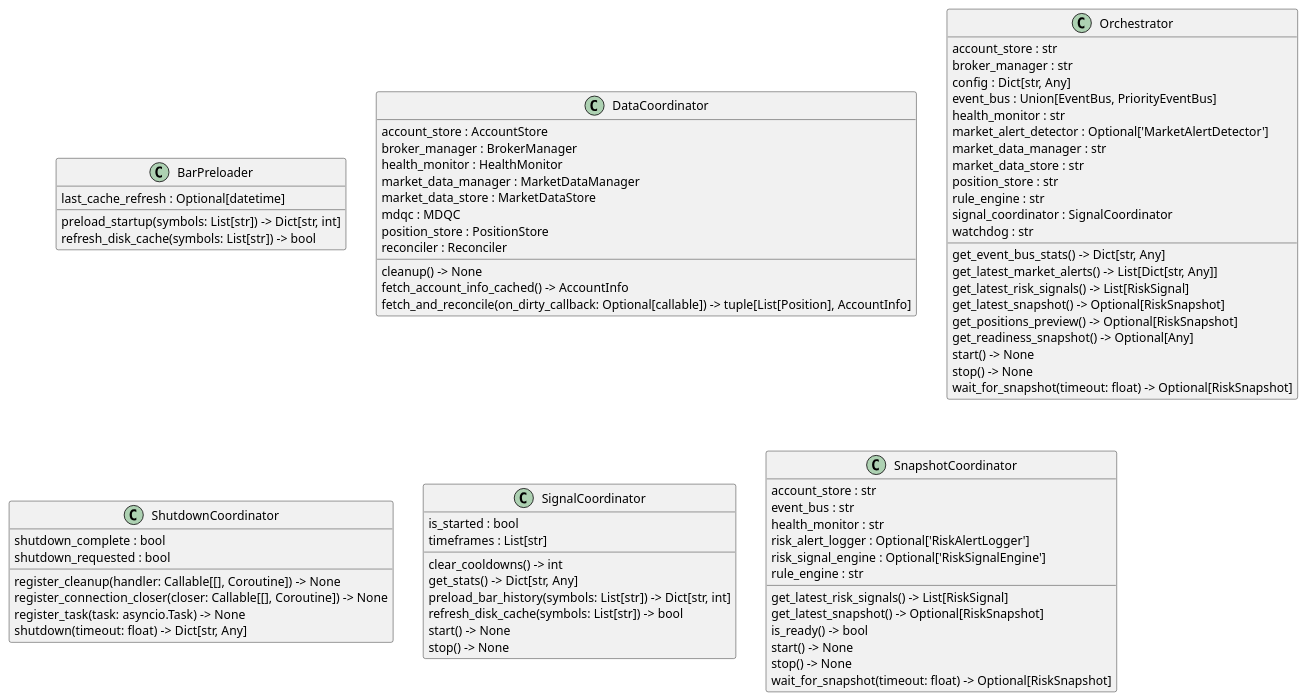
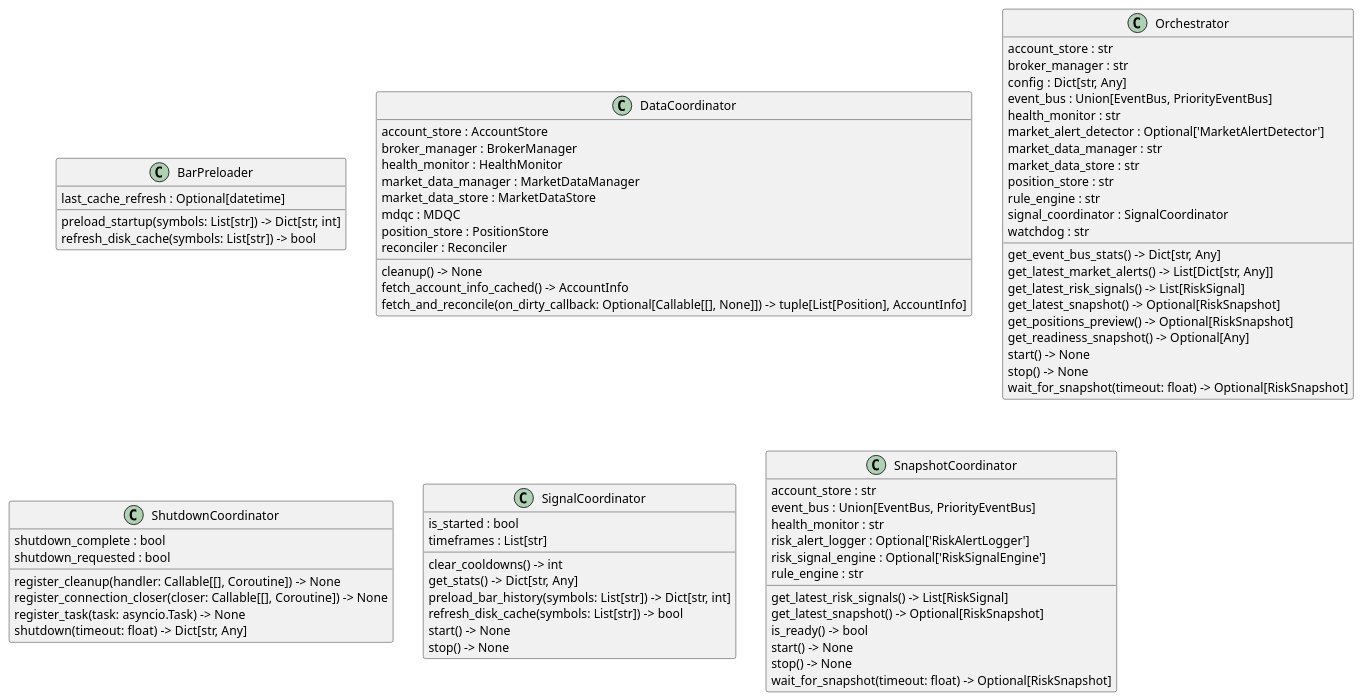
One commit to moremeds/apex changed the diagram in docs/diagrams/classes/classes_application_orchestrator.puml. Above: the diagram before and after it, drawn with PlantUML. The commit also changed 8 other files, not shown here.

Commit message:
docs: auto-update architecture diagrams [skip ci]

```diff
--- a/docs/diagrams/classes/classes_application_orchestrator.puml
+++ b/docs/diagrams/classes/classes_application_orchestrator.puml
@@ -1,76 +1,76 @@
 @startuml classes_application_orchestrator
 set namespaceSeparator none
 class "BarPreloader" as apex.src.application.orchestrator.signal_pipeline.bar_preloader.BarPreloader {
   last_cache_refresh : Optional[datetime]
   preload_startup(symbols: List[str]) -> Dict[str, int]
   refresh_disk_cache(symbols: List[str]) -> bool
 }
 class "DataCoordinator" as apex.src.application.orchestrator.data_coordinator.DataCoordinator {
   account_store : AccountStore
   broker_manager : BrokerManager
   health_monitor : HealthMonitor
   market_data_manager : MarketDataManager
   market_data_store : MarketDataStore
   mdqc : MDQC
   position_store : PositionStore
   reconciler : Reconciler
   cleanup() -> None
   fetch_account_info_cached() -> AccountInfo
-  fetch_and_reconcile(on_dirty_callback: Optional[callable]) -> tuple[List[Position], AccountInfo]
+  fetch_and_reconcile(on_dirty_callback: Optional[Callable[[], None]]) -> tuple[List[Position], AccountInfo]
 }
 class "Orchestrator" as apex.src.application.orchestrator.orchestrator.Orchestrator {
   account_store : str
   broker_manager : str
   config : Dict[str, Any]
   event_bus : Union[EventBus, PriorityEventBus]
   health_monitor : str
   market_alert_detector : Optional['MarketAlertDetector']
   market_data_manager : str
   market_data_store : str
   position_store : str
   rule_engine : str
   signal_coordinator : SignalCoordinator
   watchdog : str
   get_event_bus_stats() -> Dict[str, Any]
   get_latest_market_alerts() -> List[Dict[str, Any]]
   get_latest_risk_signals() -> List[RiskSignal]
   get_latest_snapshot() -> Optional[RiskSnapshot]
   get_positions_preview() -> Optional[RiskSnapshot]
   get_readiness_snapshot() -> Optional[Any]
   start() -> None
   stop() -> None
   wait_for_snapshot(timeout: float) -> Optional[RiskSnapshot]
 }
 class "ShutdownCoordinator" as apex.src.application.orchestrator.shutdown.ShutdownCoordinator {
   shutdown_complete : bool
   shutdown_requested : bool
   register_cleanup(handler: Callable[[], Coroutine]) -> None
   register_connection_closer(closer: Callable[[], Coroutine]) -> None
   register_task(task: asyncio.Task) -> None
   shutdown(timeout: float) -> Dict[str, Any]
 }
 class "SignalCoordinator" as apex.src.application.orchestrator.signal_coordinator.SignalCoordinator {
   is_started : bool
   timeframes : List[str]
   clear_cooldowns() -> int
   get_stats() -> Dict[str, Any]
   preload_bar_history(symbols: List[str]) -> Dict[str, int]
   refresh_disk_cache(symbols: List[str]) -> bool
   start() -> None
   stop() -> None
 }
 class "SnapshotCoordinator" as apex.src.application.orchestrator.snapshot_coordinator.SnapshotCoordinator {
   account_store : str
-  event_bus : str
+  event_bus : Union[EventBus, PriorityEventBus]
   health_monitor : str
   risk_alert_logger : Optional['RiskAlertLogger']
   risk_signal_engine : Optional['RiskSignalEngine']
   rule_engine : str
   get_latest_risk_signals() -> List[RiskSignal]
   get_latest_snapshot() -> Optional[RiskSnapshot]
   is_ready() -> bool
   start() -> None
   stop() -> None
   wait_for_snapshot(timeout: float) -> Optional[RiskSnapshot]
 }
 @enduml
```
